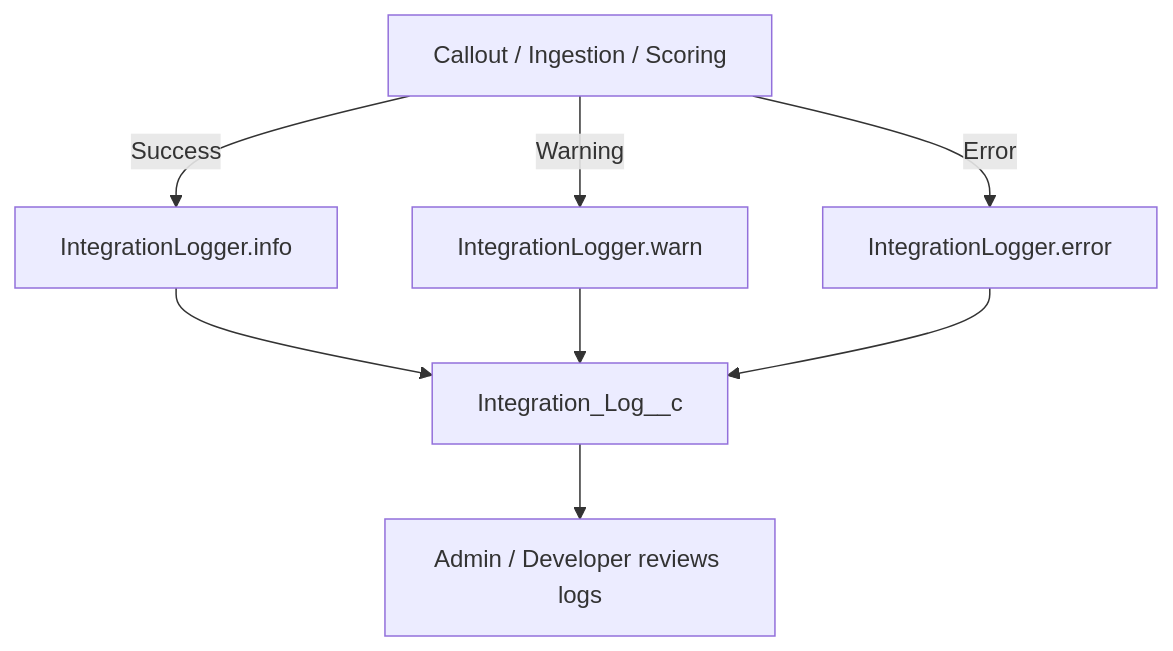
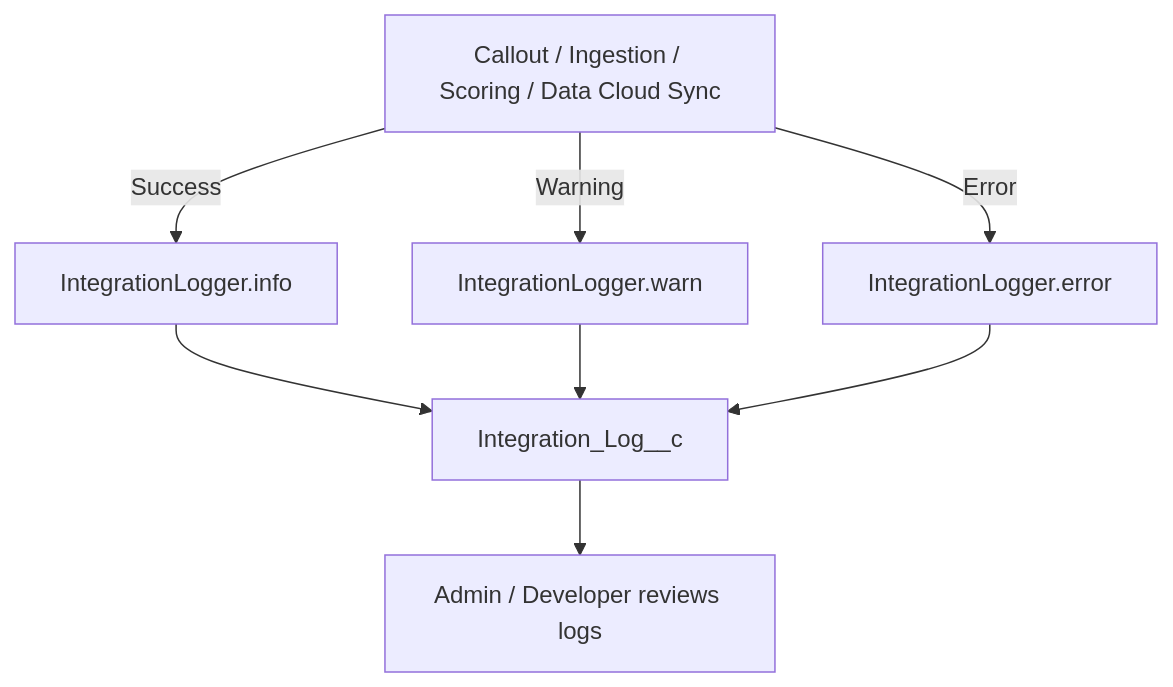
One commit to Hectorcaban-sudo/Nexsus-GovSearch changed the eighth of 8 diagrams in docs/diagrams.md. Above: the diagram before and after it, drawn with Mermaid. The commit also changed other lines of this file and 1 other file, not shown here.

Commit message:
Add Data Cloud Ingestion API guidance, SAM.gov mappings, and updated diagrams

````diff
--- a/docs/diagrams.md
+++ b/docs/diagrams.md
@@ -185,11 +237,11 @@
 ```mermaid
 flowchart TD
-    Process[Callout / Ingestion / Scoring]
+    Process[Callout / Ingestion / Scoring / Data Cloud Sync]
     Process -->|Success| Info[IntegrationLogger.info]
     Process -->|Warning| Warn[IntegrationLogger.warn]
     Process -->|Error| Err[IntegrationLogger.error]
     Info --> LogObj[Integration_Log__c]
     Warn --> LogObj
     Err --> LogObj
     LogObj --> Review[Admin / Developer reviews logs]
 ```
````
